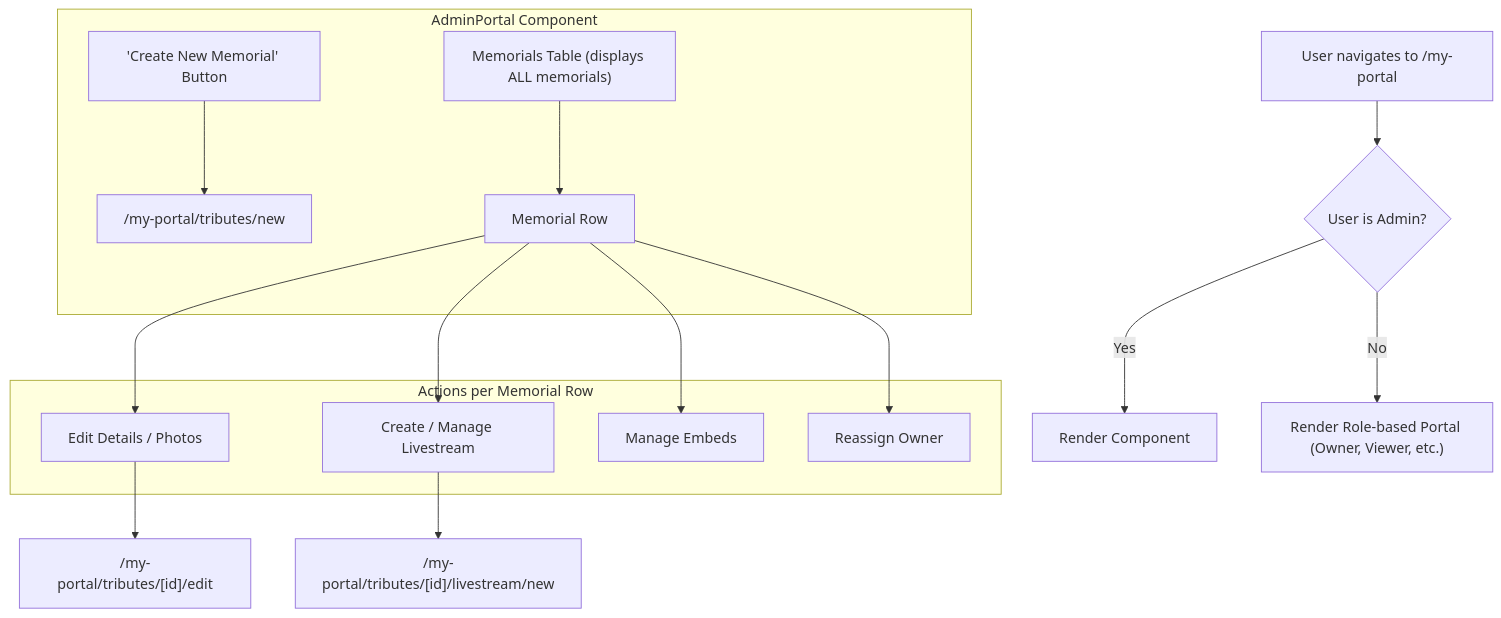
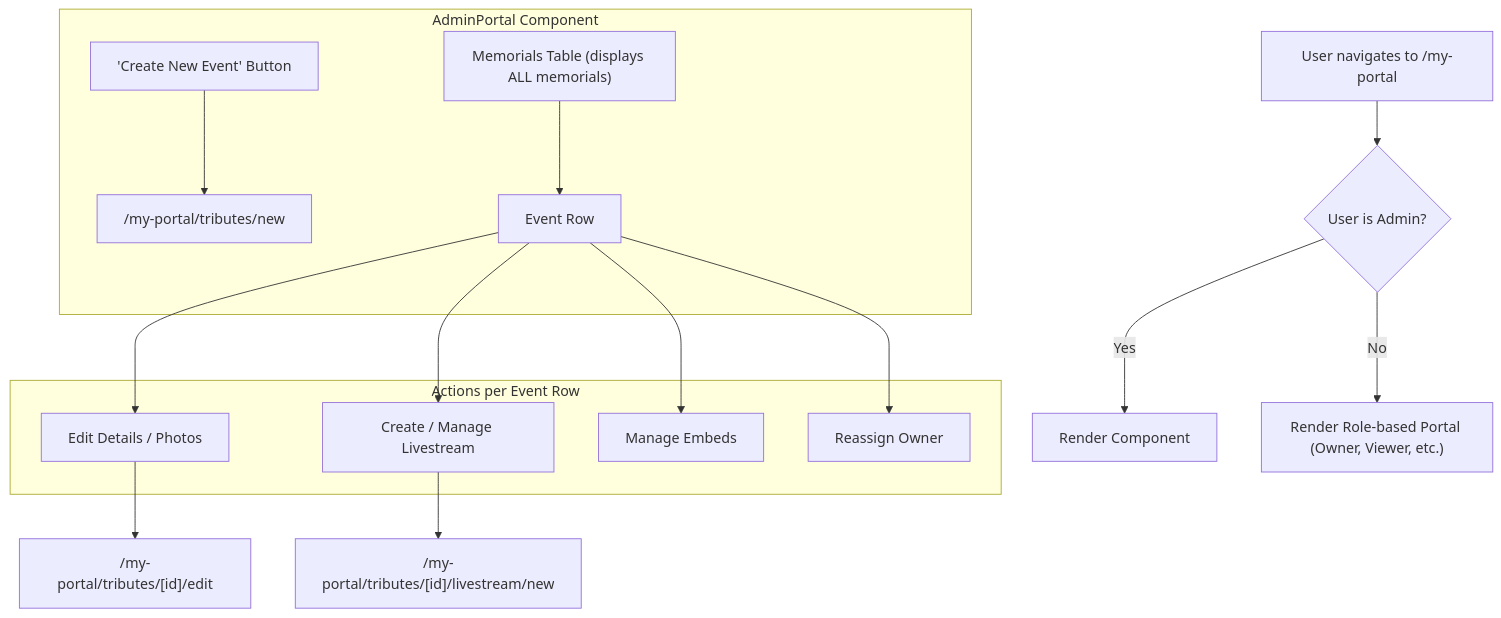
One commit to TimeMachine1994/081925-SvelteTweb changed the diagram in Old Docs01/admin-dashboard-plan.md. Above: the diagram before and after it, drawn with Mermaid. The commit also changed other lines of this file and 418 other files, not shown here.

First line of the commit message:
docs: update terminology from "memorial" to "event" across admin documentation

````diff
--- a/Old Docs01/admin-dashboard-plan.md
+++ b/Old Docs01/admin-dashboard-plan.md
@@ -13,21 +13,21 @@
 ```mermaid
 graph TD
     A["User navigates to /my-portal"] --> B{User is Admin?};
     B -- Yes --> C["Render <AdminPortal> Component"];
     B -- No --> D["Render Role-based Portal (Owner, Viewer, etc.)"];
 
     subgraph "AdminPortal Component"
-        E["'Create New Memorial' Button"] --> F["/my-portal/tributes/new"];
-        G["Memorials Table (displays ALL memorials)"] --> H["Memorial Row"];
+        E["'Create New Event' Button"] --> F["/my-portal/tributes/new"];
+        G["Memorials Table (displays ALL memorials)"] --> H["Event Row"];
     end
 
-    subgraph "Actions per Memorial Row"
+    subgraph "Actions per Event Row"
         H --> I["Edit Details / Photos"];
         H --> J["Create / Manage Livestream"];
         H --> K["Manage Embeds"];
         H --> L["Reassign Owner"];
     end
 
     I --> M["/my-portal/tributes/[id]/edit"];
     J --> N["/my-portal/tributes/[id]/livestream/new"];
 ```
````
